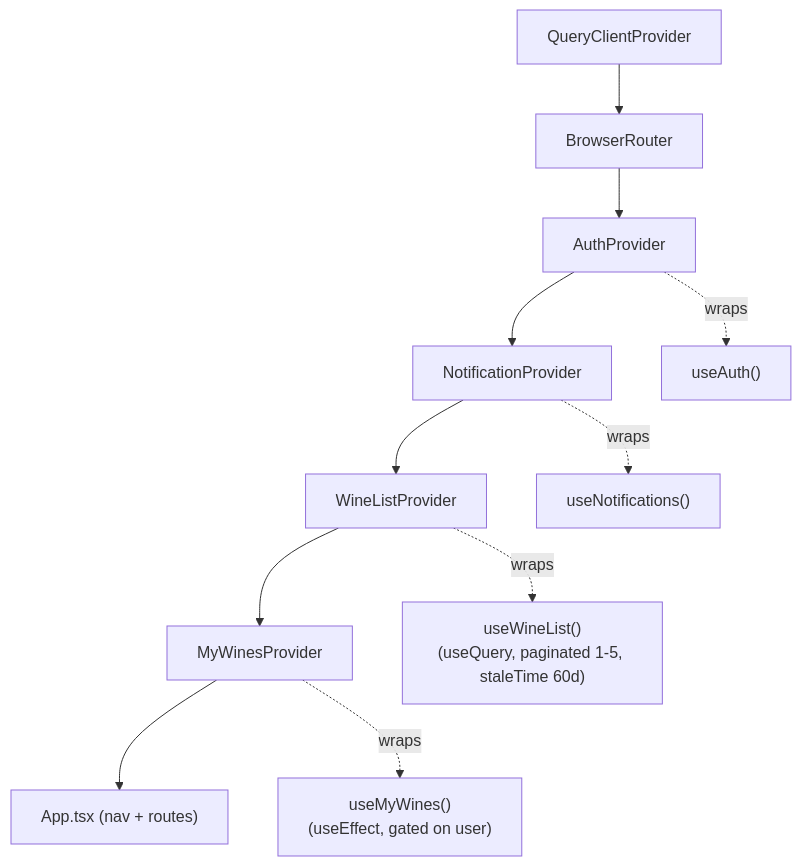
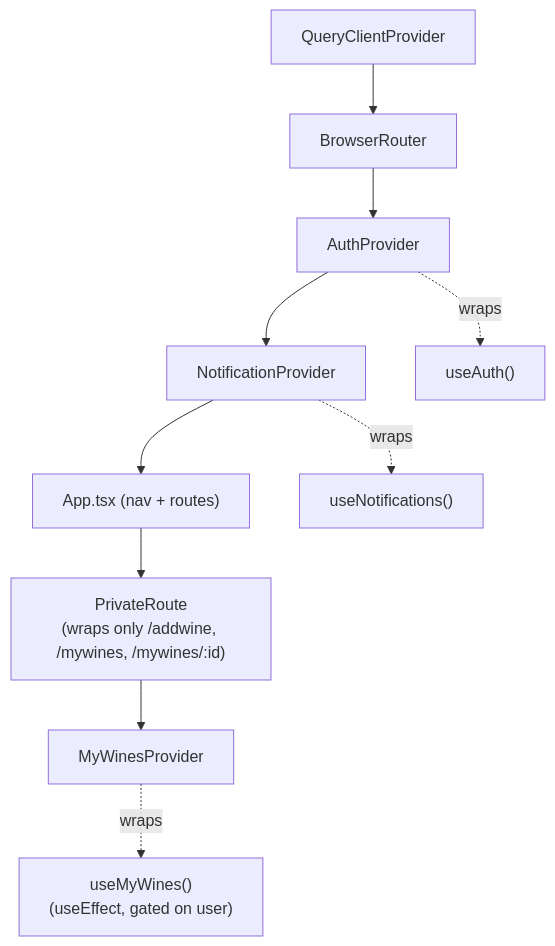
One commit to vsvala/KnowWine-AI changed the first of 7 diagrams in front/docs/ARCHITECTURE.md. Above: the diagram before and after it, drawn with Mermaid. The commit also changed other lines of this file and 3 other files, not shown here.

Commit message:
docs: fix stale WineListContext references and backend service-layer status

````diff
--- a/front/docs/ARCHITECTURE.md
+++ b/front/docs/ARCHITECTURE.md
@@ -85,14 +86,13 @@
 ```mermaid
 graph TD
     QCP["QueryClientProvider"] --> Router["BrowserRouter"]
     Router --> AuthProvider
     AuthProvider --> NotificationProvider
-    NotificationProvider --> WineListProvider
-    WineListProvider --> MyWinesProvider
-    MyWinesProvider --> App["App.tsx (nav + routes)"]
+    NotificationProvider --> App["App.tsx (nav + routes)"]
+    App --> PrivateRoute["PrivateRoute\n(wraps only /addwine, /mywines, /mywines/:id)"]
+    PrivateRoute --> MyWinesProvider
 
     AuthProvider -.wraps.-> useAuth["useAuth()"]
     NotificationProvider -.wraps.-> useNotifications["useNotifications()"]
-    WineListProvider -.wraps.-> useWineList["useWineList()\n(useQuery, paginated 1-5, staleTime 60d)"]
     MyWinesProvider -.wraps.-> useMyWines["useMyWines()\n(useEffect, gated on user)"]
 ```
````
